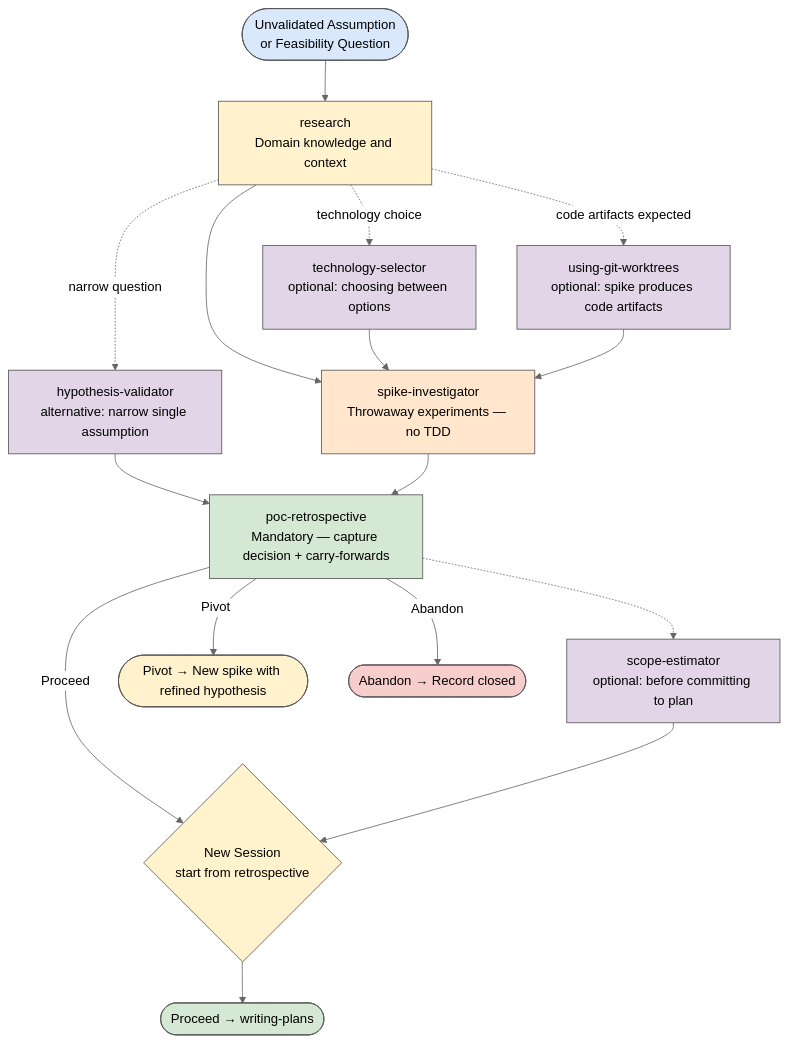
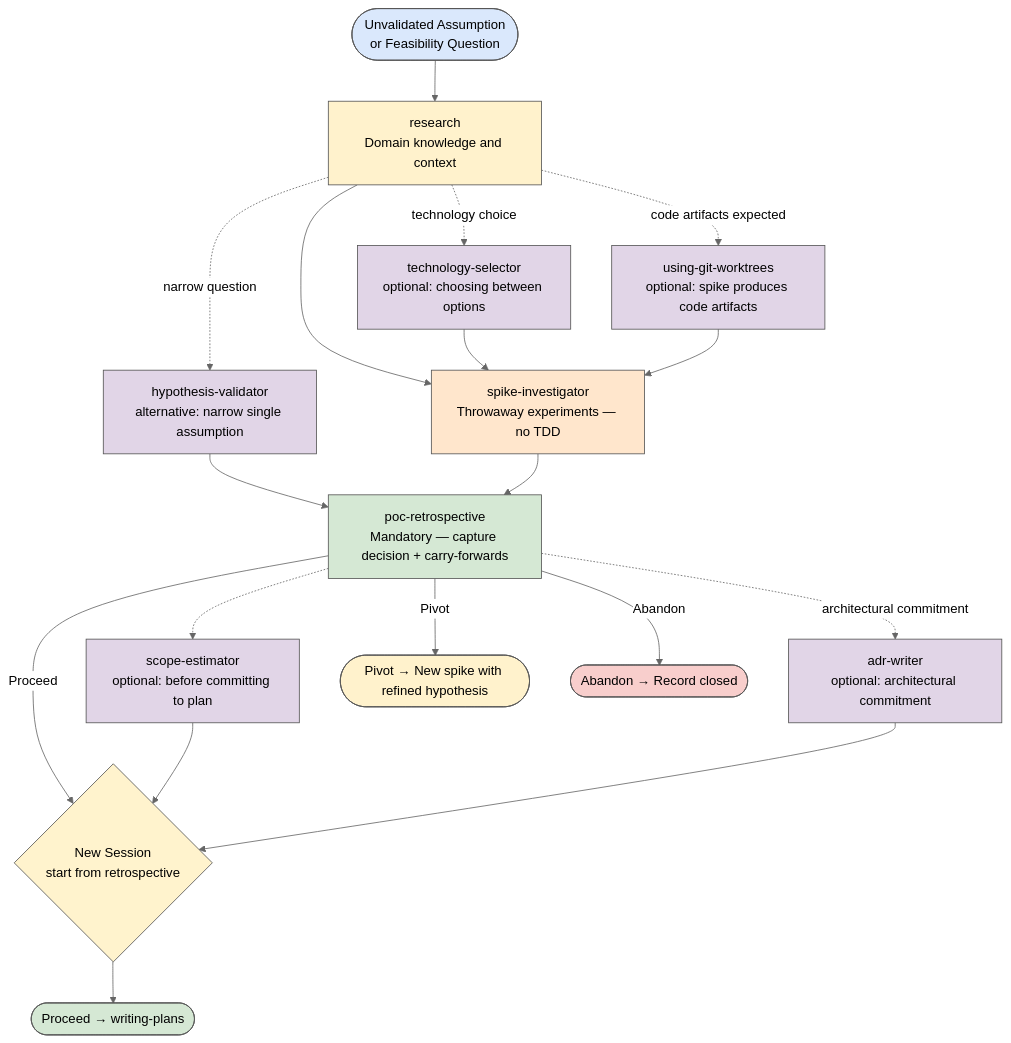
The fourth of 13 diagrams in USER-MANUAL.md (yuriyvsavchuk/devflow), drawn with Mermaid (neutral theme) before and after one commit. The commit also changed other lines of this file and 14 other files, not shown here.

````diff
--- a/USER-MANUAL.md
+++ b/USER-MANUAL.md
@@ -528,41 +630,44 @@
 ```mermaid
 graph TD
     classDef startEnd fill:#DAE8FC,stroke:#555
     classDef research fill:#FFF2CC,stroke:#555
     classDef optional fill:#E1D5E7,stroke:#555
     classDef spike fill:#FFE6CC,stroke:#555
     classDef retro fill:#D5E8D4,stroke:#555
     classDef decision fill:#FFF3CD,stroke:#555
     classDef proceed fill:#D5E8D4,stroke:#555
     classDef pivot fill:#FFF2CC,stroke:#555
     classDef abandon fill:#F8CECC,stroke:#555
 
     start([Unvalidated Assumption<br/>or Feasibility Question]):::startEnd
     research[research<br/>Domain knowledge and context]:::research
     techsel[technology-selector<br/>optional: choosing between options]:::optional
     worktree[using-git-worktrees<br/>optional: spike produces code artifacts]:::optional
     hval[hypothesis-validator<br/>alternative: narrow single assumption]:::optional
     spike[spike-investigator<br/>Throwaway experiments — no TDD]:::spike
     retro[poc-retrospective<br/>Mandatory — capture decision + carry-forwards]:::retro
     sizing[scope-estimator<br/>optional: before committing to plan]:::optional
+    adr[adr-writer<br/>optional: architectural commitment]:::optional
     newsession{New Session<br/>start from retrospective}:::decision
     proceed([Proceed → writing-plans]):::proceed
     pivot([Pivot → New spike with refined hypothesis]):::pivot
     abandon([Abandon → Record closed]):::abandon
 
     start --> research
     research -.->|technology choice| techsel
     research -.->|code artifacts expected| worktree
     research -.->|narrow question| hval
     research --> spike
     techsel --> spike
     worktree --> spike
     hval --> retro
     spike --> retro
     retro -.-> sizing
     retro -->|Proceed| newsession
+    retro -.->|architectural commitment| adr
     sizing --> newsession
+    adr --> newsession
     newsession --> proceed
     retro -->|Pivot| pivot
     retro -->|Abandon| abandon
 ```
````
